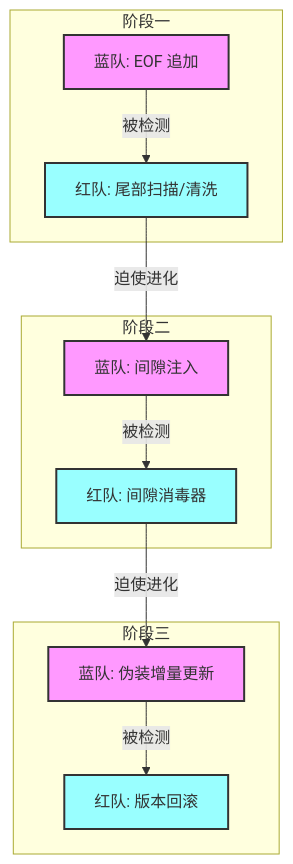
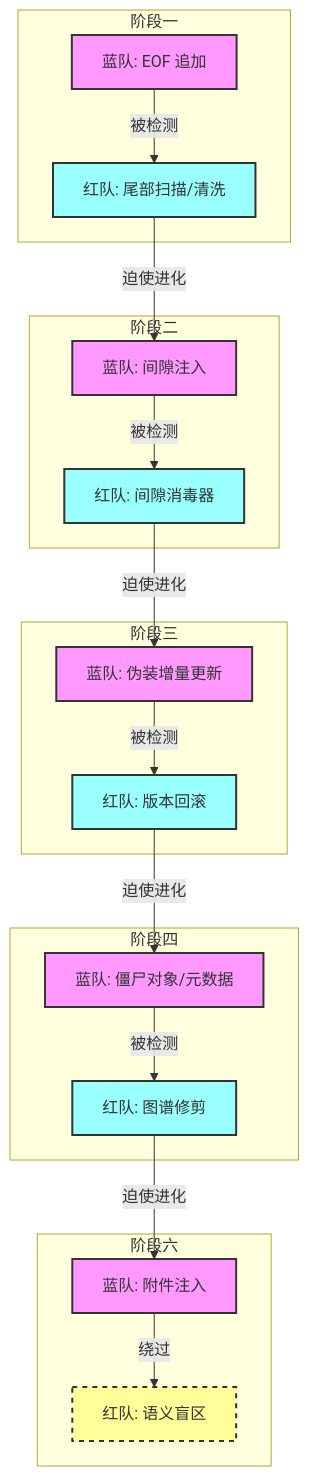
Before and after one commit to hrygo/phantom-stream: the diagram in attacker/REPORT_v1.md, drawn with Mermaid. The commit also changed other lines of this file and 47 other files, not shown here.

First line of the commit message:
feat(attacker): 实现僵尸对象图谱清理功能

````diff
--- a/attacker/REPORT_v1.md
+++ b/attacker/REPORT_v1.md
@@ -18,24 +18,38 @@
 ```mermaid
 graph TD
     subgraph Phase1 [阶段一]
     D1[蓝队: EOF 追加] -->|被检测| A1[红队: 尾部扫描/清洗]
     end
     
     subgraph Phase2 [阶段二]
     A1 -->|迫使进化| D2[蓝队: 间隙注入]
     D2 -->|被检测| A2[红队: 间隙消毒器]
     end
     
     subgraph Phase3 [阶段三]
     A2 -->|迫使进化| D3[蓝队: 伪装增量更新]
     D3 -->|被检测| A3[红队: 版本回滚]
     end
     
+    subgraph Phase4 [阶段四]
+    A3 -->|迫使进化| D4[蓝队: 僵尸对象/元数据]
+    D4 -->|被检测| A4[红队: 图谱修剪]
+    end
+
+    subgraph Phase6 [阶段六]
+    A4 -->|迫使进化| D6[蓝队: 附件注入]
+    D6 -->|绕过| A6[红队: 语义盲区]
+    end
+    
     style D1 fill:#f9f,stroke:#333,stroke-width:2px
     style D2 fill:#f9f,stroke:#333,stroke-width:2px
     style D3 fill:#f9f,stroke:#333,stroke-width:2px
+    style D4 fill:#f9f,stroke:#333,stroke-width:2px
+    style D6 fill:#f9f,stroke:#333,stroke-width:2px
     
     style A1 fill:#9ff,stroke:#333,stroke-width:2px
     style A2 fill:#9ff,stroke:#333,stroke-width:2px
     style A3 fill:#9ff,stroke:#333,stroke-width:2px
+    style A4 fill:#9ff,stroke:#333,stroke-width:2px
+    style A6 fill:#ff9,stroke:#333,stroke-width:2px,stroke-dasharray: 5 5
 ```
````
